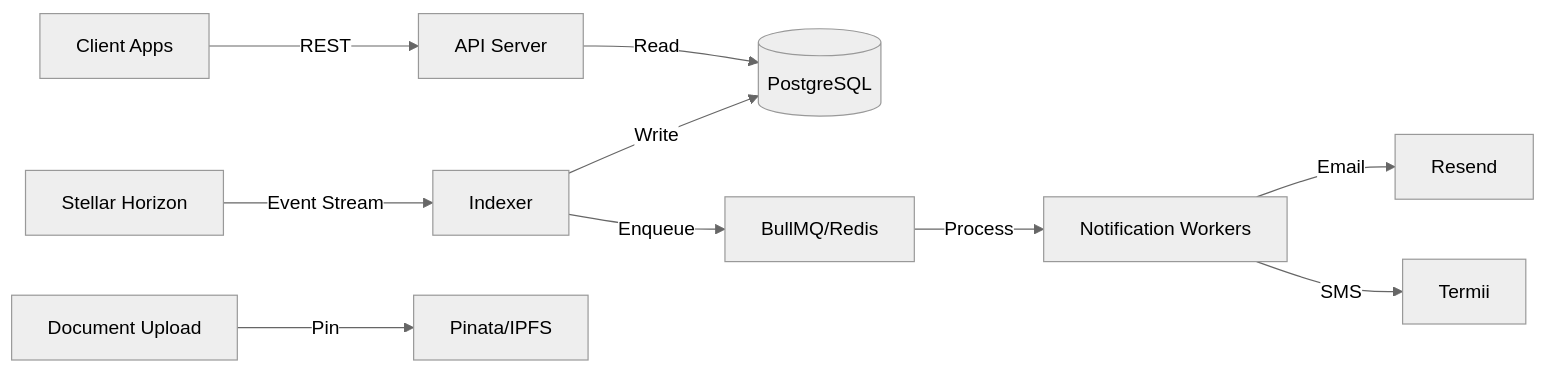
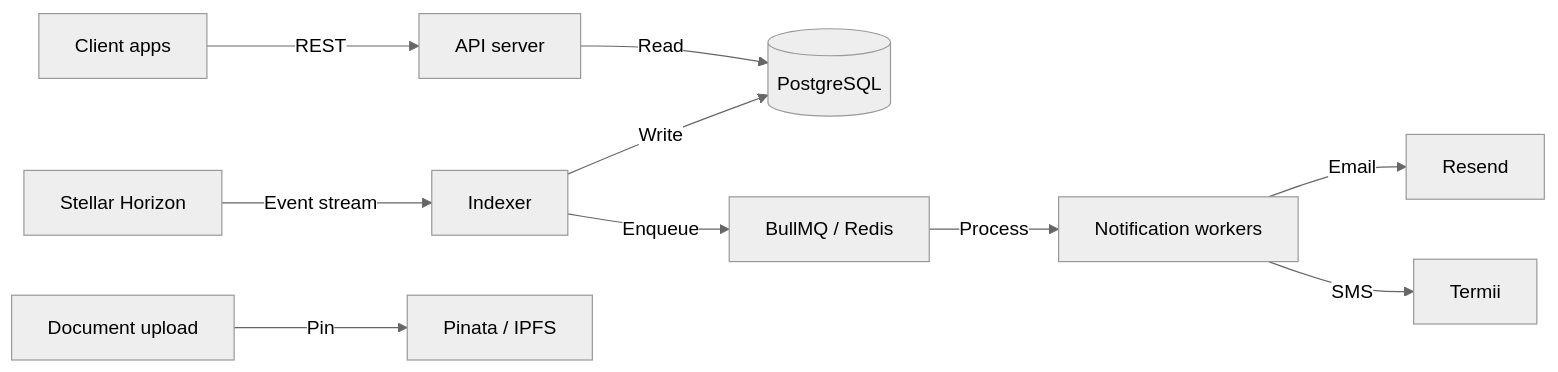
One commit to Azaka-Protocol/Azaka-backend changed the diagram in README.md. Above: the diagram before and after it, drawn with Mermaid (neutral theme). The commit also changed other lines of this file and 1 other file, not shown here.

````diff
--- a/README.md
+++ b/README.md
@@ -52,12 +69,12 @@
 ```mermaid
 graph LR
-    A[Stellar Horizon] -->|Event Stream| B[Indexer]
+    A[Stellar Horizon] -->|Event stream| B[Indexer]
     B -->|Write| C[(PostgreSQL)]
-    B -->|Enqueue| D[BullMQ/Redis]
-    D -->|Process| E[Notification Workers]
+    B -->|Enqueue| D[BullMQ / Redis]
+    D -->|Process| E[Notification workers]
     E -->|Email| F[Resend]
     E -->|SMS| G[Termii]
-    H[API Server] -->|Read| C
-    I[Client Apps] -->|REST| H
-    J[Document Upload] -->|Pin| K[Pinata/IPFS]
+    H[API server] -->|Read| C
+    I[Client apps] -->|REST| H
+    J[Document upload] -->|Pin| K[Pinata / IPFS]
 ```
````
